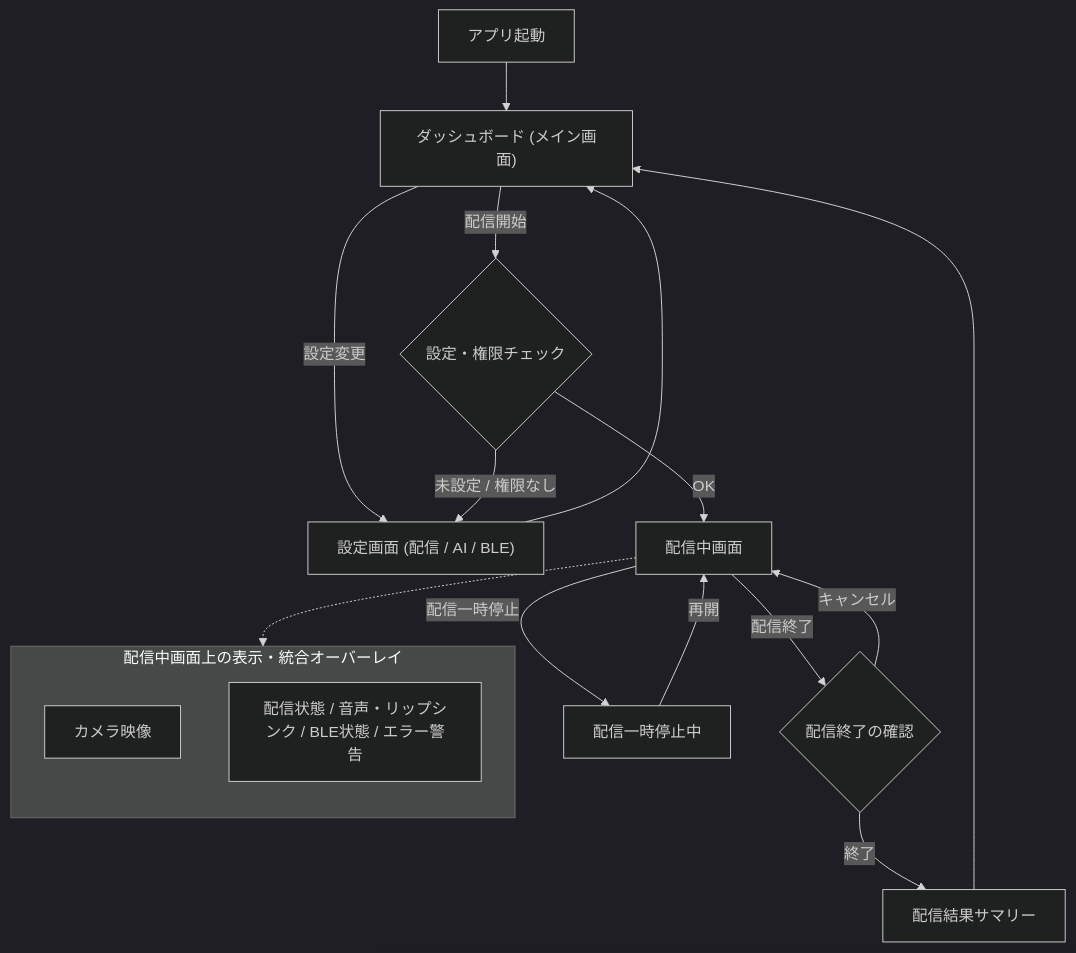
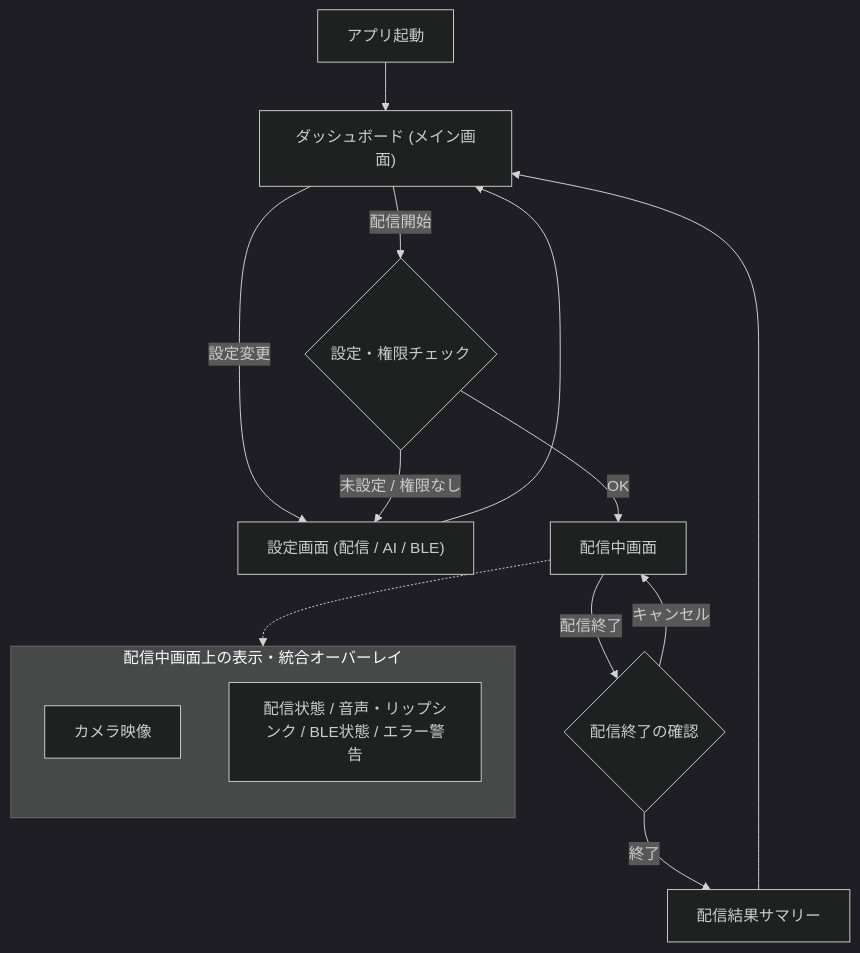
The diagram in android/docs/02_基本設計/画面遷移図.md (pandapan-cute/StackCast), drawn with Mermaid (dark theme) before and after one commit. The commit also changed other lines of this file and 6 other files, not shown here.

````diff
--- a/android/docs/02_基本設計/画面遷移図.md
+++ b/android/docs/02_基本設計/画面遷移図.md
@@ -8,27 +8,24 @@
 ```mermaid
 flowchart TD
     Launch["アプリ起動"] --> Dashboard["ダッシュボード (メイン画面)"]
 
     Dashboard -->|"設定変更"| Settings["設定画面 (配信 / AI / BLE)"]
     Settings --> Dashboard
 
     Dashboard -->|"配信開始"| Preflight{"設定・権限チェック"}
     Preflight -->|"OK"| Streaming["配信中画面"]
     Preflight -->|"未設定 / 権限なし"| Settings
 
     subgraph StreamingUI["配信中画面上の表示・統合オーバーレイ"]
         direction TB
         CameraPreview["カメラ映像"]
         OverlayInfo["配信状態 / 音声・リップシンク / BLE状態 / エラー警告"]
     end
 
     Streaming -.-> StreamingUI
 
-    Streaming -->|"配信一時停止"| Paused["配信一時停止中"]
-    Paused -->|"再開"| Streaming
-
     Streaming -->|"配信終了"| EndConfirm{"配信終了の確認"}
     EndConfirm -->|"キャンセル"| Streaming
     EndConfirm -->|"終了"| Summary["配信結果サマリー"]
     Summary --> Dashboard
 ```
````
